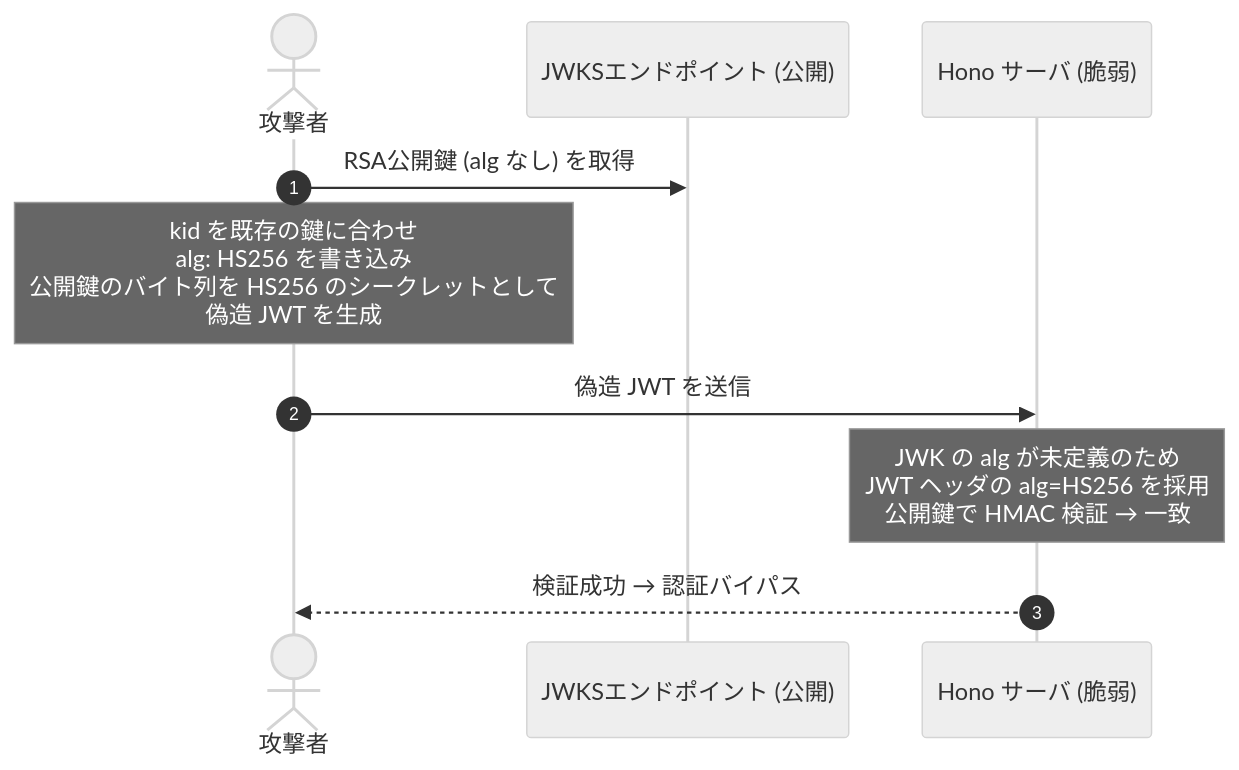
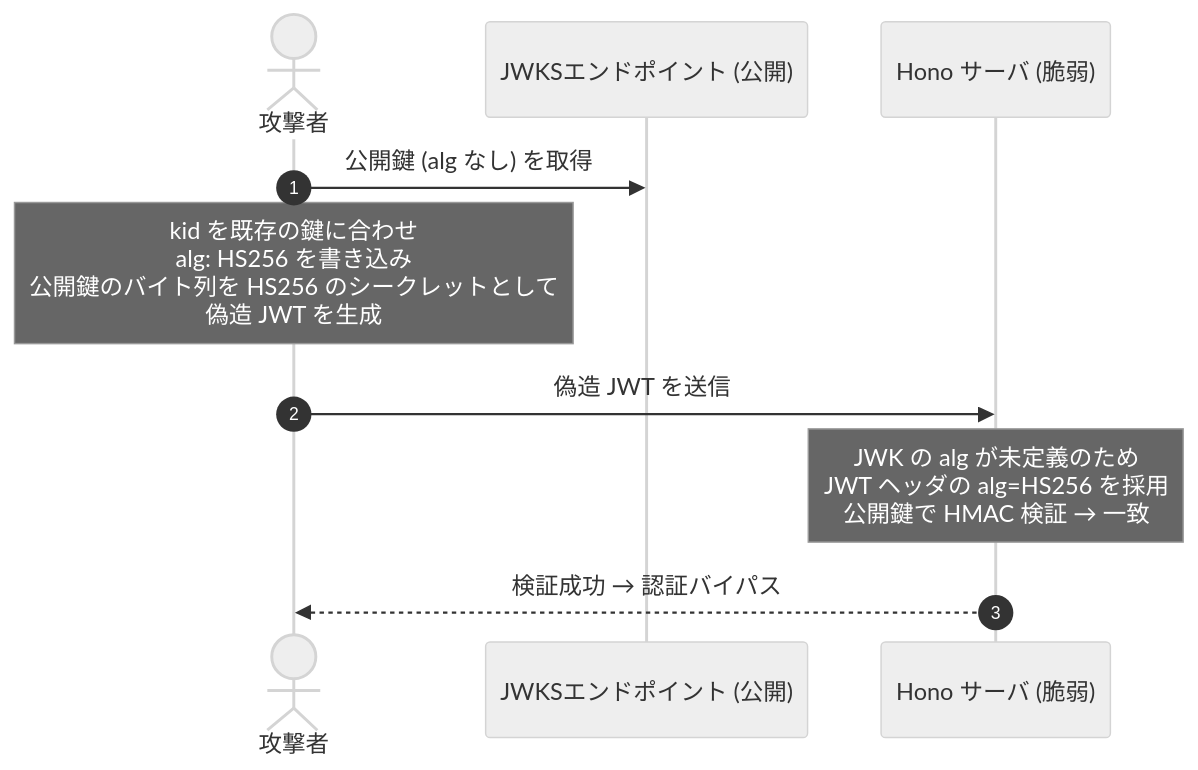
The second of 2 diagrams in articles/hono-jwt-jwk-alg-confusion.md (calloc134/zenn-dir), drawn with Mermaid (neutral theme) before and after one commit. The commit also changed other lines of this file, not shown here.

````diff
--- a/articles/hono-jwt-jwk-alg-confusion.md
+++ b/articles/hono-jwt-jwk-alg-confusion.md
@@ -537,13 +538,13 @@
 ```mermaid
 sequenceDiagram
     autonumber
     actor Attacker as 攻撃者
     participant JWKS as JWKSエンドポイント (公開)
     participant Server as Hono サーバ (脆弱)
 
-    Attacker->>JWKS: RSA公開鍵 (alg なし) を取得
+    Attacker->>JWKS: 公開鍵 (alg なし) を取得
     Note over Attacker: kid を既存の鍵に合わせ<br/>alg: HS256 を書き込み<br/>公開鍵のバイト列を HS256 のシークレットとして<br/>偽造 JWT を生成
     Attacker->>Server: 偽造 JWT を送信
     Note over Server: JWK の alg が未定義のため<br/>JWT ヘッダの alg=HS256 を採用<br/>公開鍵で HMAC 検証 → 一致
     Server-->>Attacker: 検証成功 → 認証バイパス
 ```
````
